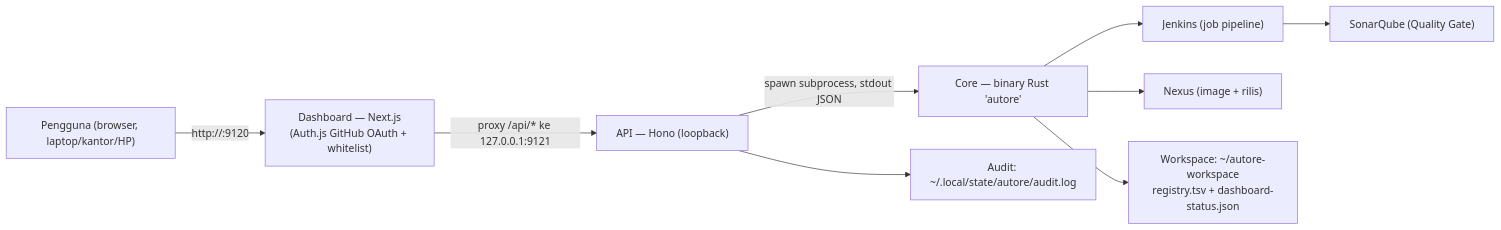
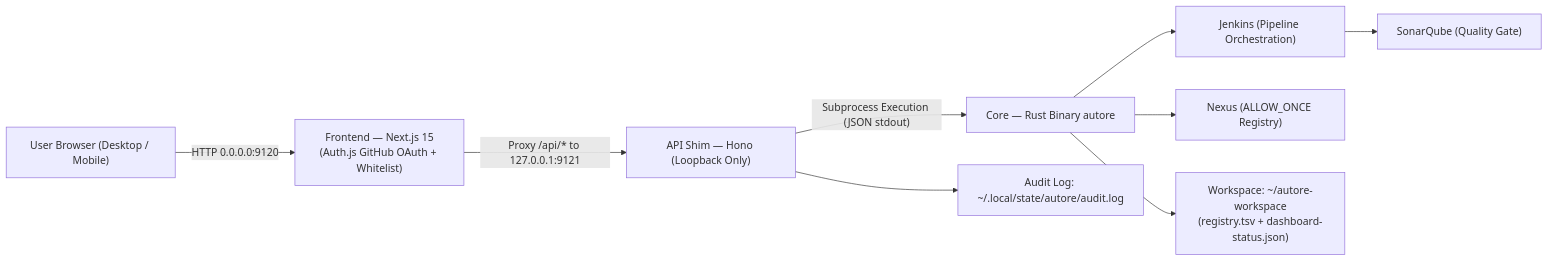
The diagram in README.md (tugure-git-intern/Autore), drawn with Mermaid before and after one commit. The commit also changed other lines of this file, not shown here.

````diff
--- a/README.md
+++ b/README.md
@@ -28,11 +47,11 @@
 ```mermaid
 flowchart LR
-    U["Pengguna (browser, laptop/kantor/HP)"] -->|"http://<tailnet>:9120"| D["Dashboard — Next.js<br/>(Auth.js GitHub OAuth + whitelist)"]
-    D -->|"proxy /api/* ke 127.0.0.1:9121"| A["API — Hono (loopback)"]
-    A -->|"spawn subprocess, stdout JSON"| C["Core — binary Rust 'autore'"]
-    C --> J["Jenkins (job pipeline)"]
-    C --> N["Nexus (image + rilis)"]
+    U["User Browser (Desktop / Mobile)"] -->|"HTTP 0.0.0.0:9120"| D["Frontend — Next.js 15<br/>(Auth.js GitHub OAuth + Whitelist)"]
+    D -->|"Proxy /api/* to 127.0.0.1:9121"| A["API Shim — Hono (Loopback Only)"]
+    A -->|"Subprocess Execution (JSON stdout)"| C["Core — Rust Binary autore"]
+    C --> J["Jenkins (Pipeline Orchestration)"]
+    C --> N["Nexus (ALLOW_ONCE Registry)"]
     J --> S["SonarQube (Quality Gate)"]
-    C --> WS["Workspace: ~/autore-workspace<br/>registry.tsv + dashboard-status.json"]
-    A --> AU["Audit: ~/.local/state/autore/audit.log"]
+    C --> WS["Workspace: ~/autore-workspace<br/>(registry.tsv + dashboard-status.json)"]
+    A --> AU["Audit Log: ~/.local/state/autore/audit.log"]
 ```
````
